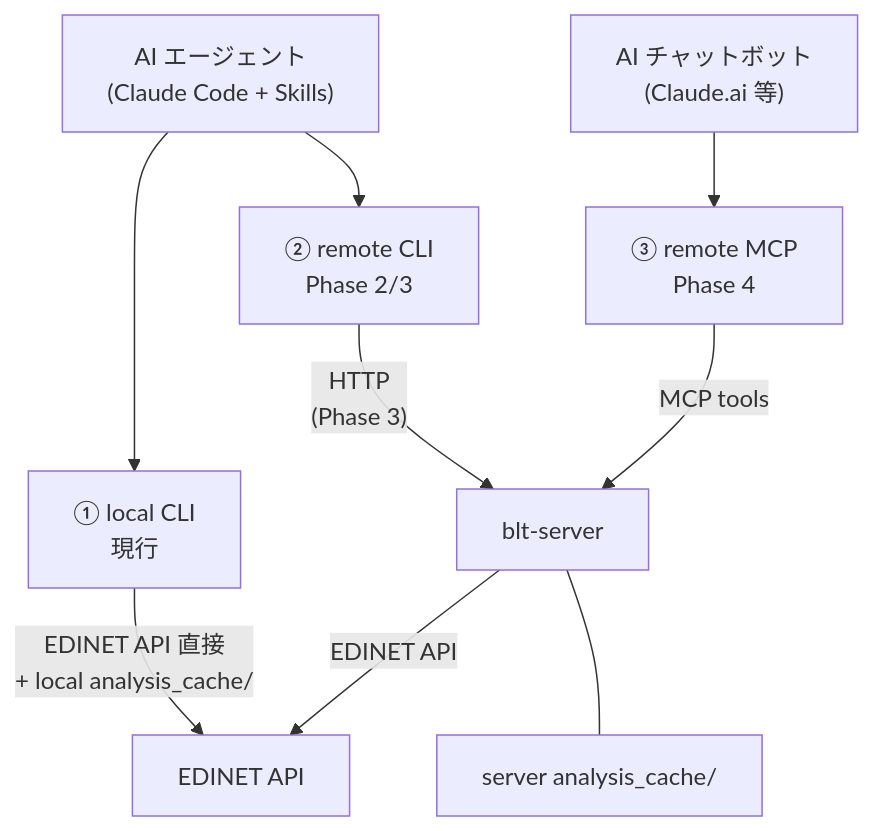
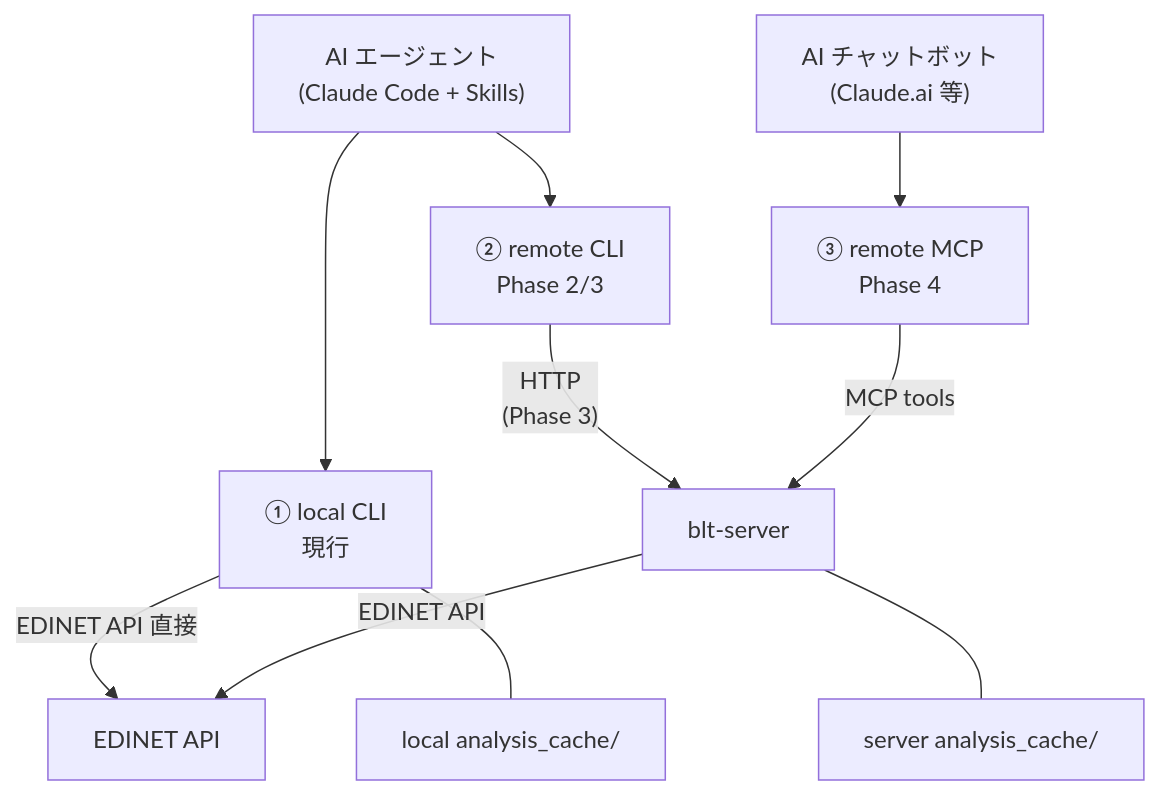
The diagram in docs/mcp-server-roadmap.md (sollahiro/blue-ticker), drawn with Mermaid before and after one commit. The commit also changed other lines of this file, not shown here.

First line of the commit message:
docs: fix 6 issues found in full review of mcp-server-roadmap

````diff
--- a/docs/mcp-server-roadmap.md
+++ b/docs/mcp-server-roadmap.md
@@ -20,13 +20,14 @@
 ```mermaid
 flowchart TD
     Agent["AI エージェント\n(Claude Code + Skills)"] --> LocalCLI["① local CLI\n現行"]
     Agent --> RemoteCLI["② remote CLI\nPhase 2/3"]
     Chatbot["AI チャットボット\n(Claude.ai 等)"] --> RemoteMCP["③ remote MCP\nPhase 4"]
 
-    LocalCLI -->|"EDINET API 直接\n+ local analysis_cache/"| EdinetAPI["EDINET API"]
+    LocalCLI -->|"EDINET API 直接"| EdinetAPI["EDINET API"]
+    LocalCLI --- LocalCache["local analysis_cache/"]
 
     RemoteCLI -->|"HTTP\n(Phase 3)"| Server["blt-server"]
     RemoteMCP -->|"MCP tools"| Server
     Server -->|"EDINET API"| EdinetAPI
     Server --- ServerCache["server analysis_cache/"]
 ```
````
